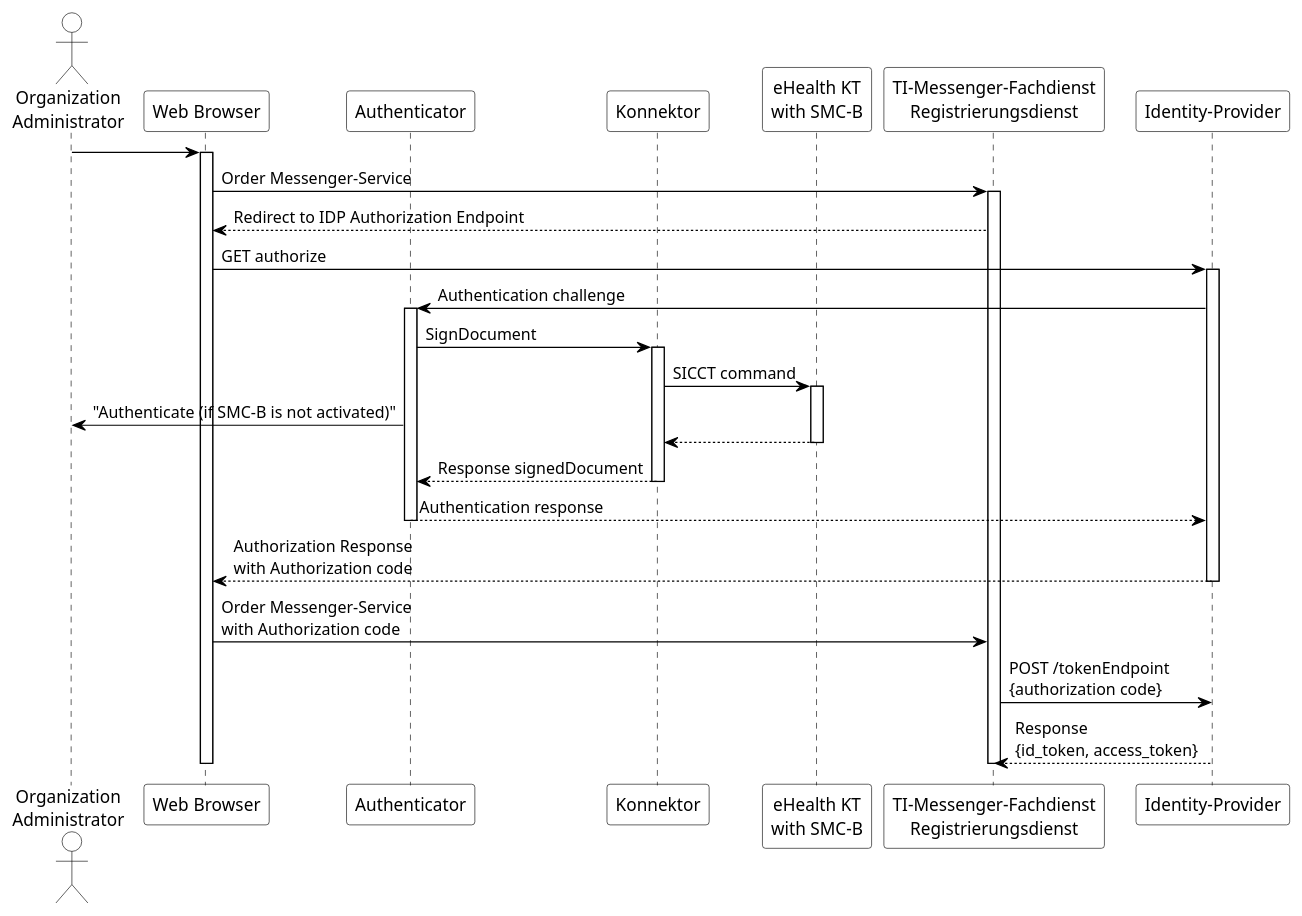
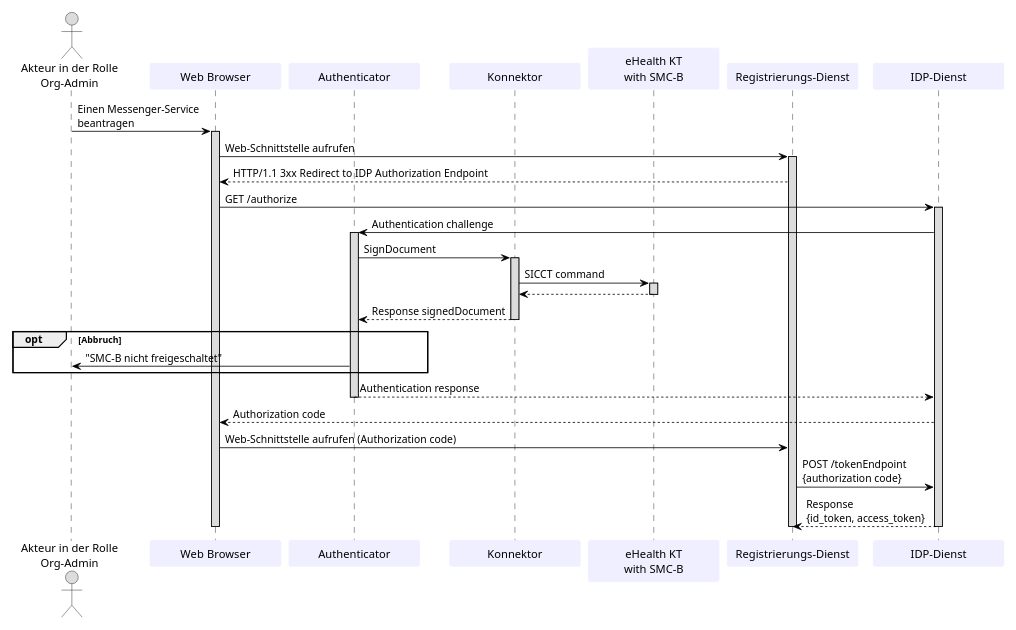
The diagram in src/plantuml/TI-Messenger, Sequenzdiagramm Bestellung eines TI-Messenger Service.puml (gematik/api-ti-messenger), drawn with PlantUML before and after one commit.

Commit message:
Update TI-Messenger, Sequenzdiagramm Bestellung eines TI-Messenger Service.puml

```diff
--- a/src/plantuml/TI-Messenger, Sequenzdiagramm Bestellung eines TI-Messenger Service.puml
+++ b/src/plantuml/TI-Messenger, Sequenzdiagramm Bestellung eines TI-Messenger Service.puml
@@ -1,58 +1,68 @@
 @startuml
-skinparam dpi 100
-skinparam WrapWidth 200
-'skinparam monochrome true
+skinparam defaultTextAlignment center
+skinparam sequenceMessageAlign left
+skinparam WrapWidth 300
+skinparam minClassWidth 150
+skinparam BoxPadding 1
+scale max 850 width
+
 skinparam sequence {
 ArrowColor black
 ActorBorderColor black
 LifeLineBorderColor black
-Background transparent
+LifeLineBackgroundColor Gainsboro
 
-ParticipantBorderColor black
-ParticipantBackgroundColor transparent
+ParticipantBorderColor Motivation
+ParticipantBackgroundColor Motivation
+ParticipantFontName Impact
+ParticipantFontSize 14
 ParticipantFontColor black
 
-ActorBackgroundColor transparent
+ActorBackgroundColor Gainsboro
 ActorFontColor black
+ActorFontSize 14
+ActorFontName Aapex
 }
 
 'title "TI-M, Sequenzdiagramm Bestellung eines Messenger-Service"
-actor oa as "Organization\nAdministrator"
+actor oa as "Akteur in der Rolle\nOrg-Admin"
 participant wb as "Web Browser"
 participant au as "Authenticator"
 participant ko as "Konnektor"
 participant kt as "eHealth KT\nwith SMC-B"
-participant rd as "TI-Messenger-Fachdienst\nRegistrierungsdienst"
-participant ip as "Identity-Provider"
+participant rd as "Registrierungs-Dienst"
+participant ip as "IDP-Dienst"
 
-oa -> wb
+oa -> wb: Einen Messenger-Service \nbeantragen
 activate wb
-wb -> rd: Order Messenger-Service
+wb -> rd: Web-Schnittstelle aufrufen 
 activate rd
-rd --> wb: Redirect to IDP Authorization Endpoint
-wb -> ip: GET authorize
+rd --> wb: HTTP/1.1 3xx Redirect to IDP Authorization Endpoint
+wb -> ip: GET /authorize
 activate ip
 ip -> au: Authentication challenge
 'wb -> au: Authentication
 activate au
 au -> ko: SignDocument
 activate ko
 ko -> kt: SICCT command
 activate kt
-au -> oa: "Authenticate (if SMC-B is not activated)"
 kt --> ko
 deactivate kt
 ko --> au: Response signedDocument
 deactivate ko
+opt Abbruch
+au -> oa: "SMC-B nicht freigeschaltet"
+end
 'au -->wb: Authentication response
 au -->ip: Authentication response
 deactivate au
-ip --> wb: Authorization Response\nwith Authorization code
-deactivate ip
-wb -> rd: Order Messenger-Service\nwith Authorization code
+ip --> wb: Authorization code
+wb -> rd: Web-Schnittstelle aufrufen (Authorization code)
 'rd --> wb: Order Response
 rd -> ip: POST /tokenEndpoint\n{authorization code}
 ip --> rd: Response\n{id_token, access_token}
+deactivate ip
 deactivate rd
 deactivate wb
 @enduml
```
